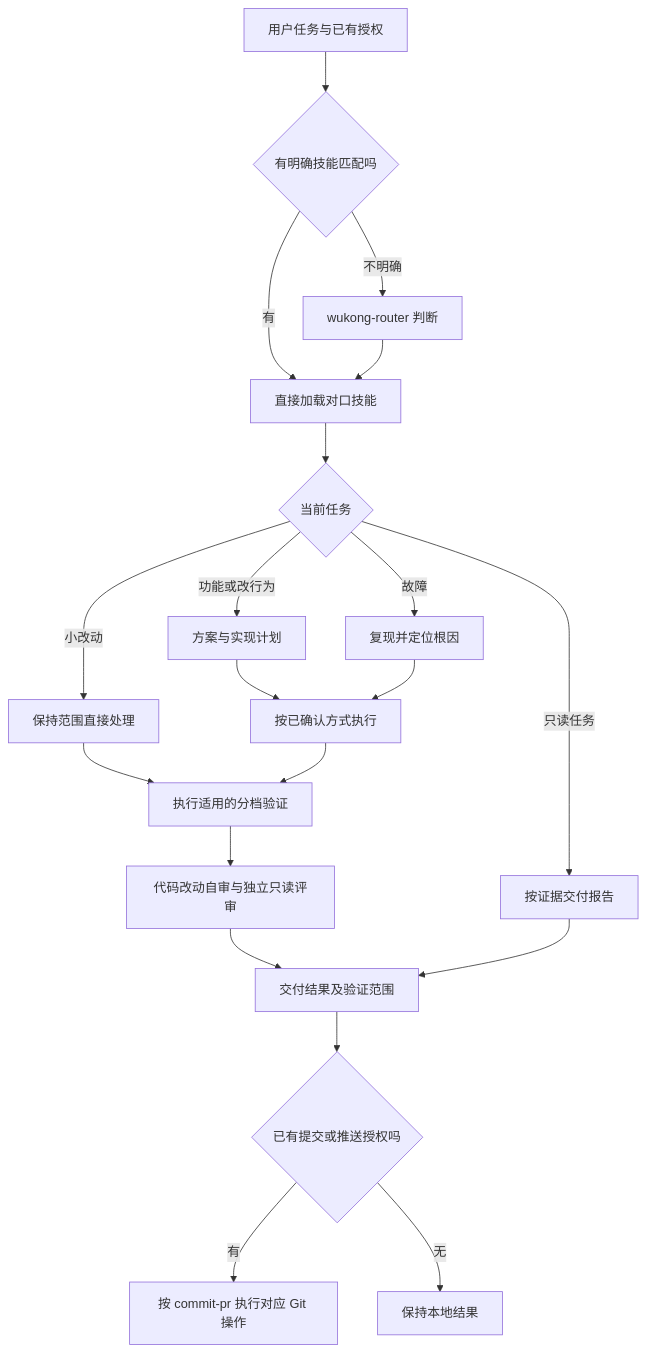
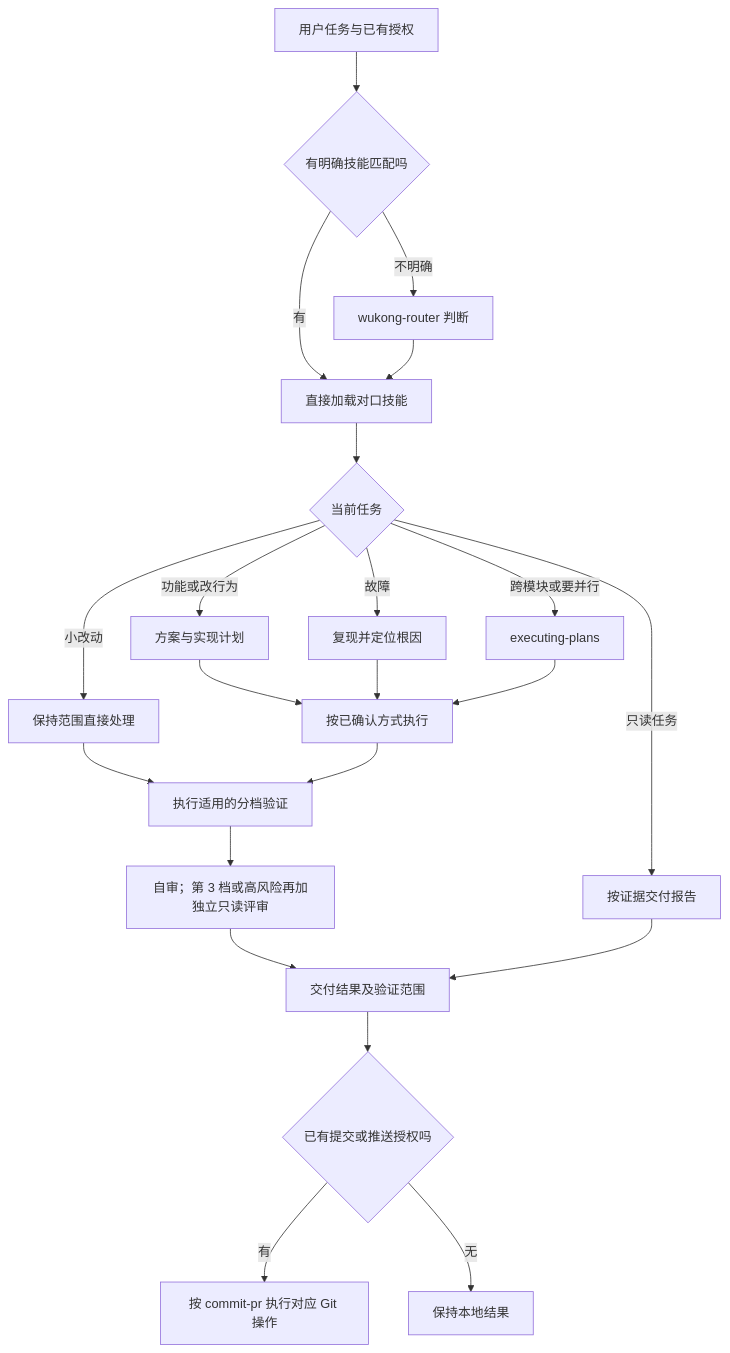
Before and after one commit to Acefake/s-skills: the diagram in docs/architecture.md, drawn with Mermaid. The commit also changed other lines of this file and 4 other files, not shown here.

First line of the commit message:
docs: 按 1.0.33 重写 README、架构说明与全景图，去掉历史版本内容

````diff
--- a/docs/architecture.md
+++ b/docs/architecture.md
@@ -39,21 +40,23 @@
 ```mermaid
 flowchart TD
     Task[用户任务与已有授权] --> Match{有明确技能匹配吗}
     Match -->|有| Skill[直接加载对口技能]
     Match -->|不明确| Router[wukong-router 判断] --> Skill
     Skill --> Kind{当前任务}
     Kind -->|小改动| Direct[保持范围直接处理]
     Kind -->|功能或改行为| Design[方案与实现计划]
     Kind -->|故障| Debug[复现并定位根因]
+    Kind -->|跨模块或要并行| Plans[executing-plans]
     Kind -->|只读任务| Report[按证据交付报告]
     Design --> Run[按已确认方式执行]
     Debug --> Run
+    Plans --> Run
     Direct --> Verify[执行适用的分档验证]
     Run --> Verify
-    Verify --> Review[代码改动自审与独立只读评审]
+    Verify --> Review[自审；第 3 档或高风险再加独立只读评审]
     Review --> Done[交付结果及验证范围]
     Report --> Done
     Done --> Git{已有提交或推送授权吗}
     Git -->|有| Publish[按 commit-pr 执行对应 Git 操作]
     Git -->|无| Local[保持本地结果]
 ```
````
